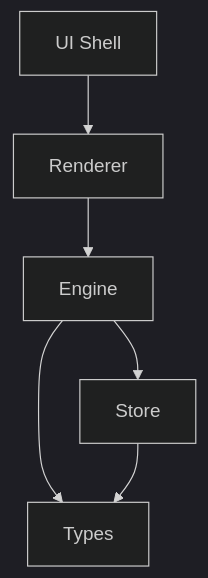
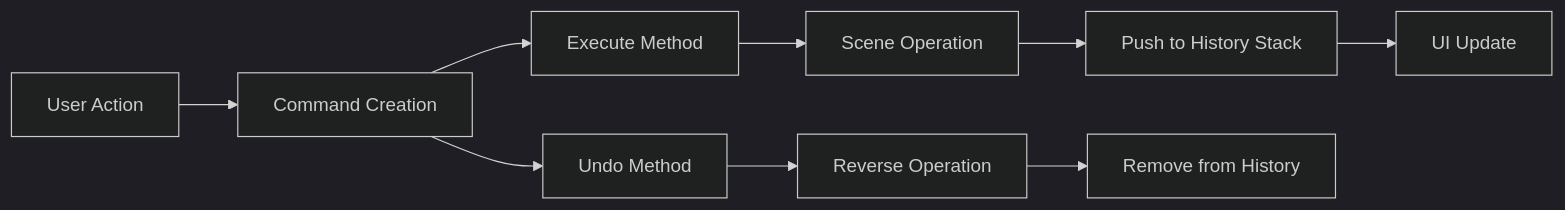
Before and after one commit to Anna0314zy/ai_editor_enginer: the eighth of 9 diagrams in .qoder/repowiki/en/content/Core Engine System/Scene Graph Architecture.md, drawn with Mermaid (dark theme). The commit also changed other lines of this file and 41 other files, not shown here.

````diff
--- a/.qoder/repowiki/en/content/Core Engine System/Scene Graph Architecture.md
+++ b/.qoder/repowiki/en/content/Core Engine System/Scene Graph Architecture.md
@@ -275,8 +404,11 @@
 ```mermaid
-graph TB
-UI["UI Shell"] --> R["Renderer"]
-R --> E["Engine"]
-E --> ST["Store"]
-E --> T["Types"]
-ST --> T
+flowchart LR
+User["User Action"] --> Command["Command Creation"]
+Command --> Execute["Execute Method"]
+Execute --> SceneOp["Scene Operation"]
+SceneOp --> History["Push to History Stack"]
+History --> UI["UI Update"]
+Command --> Undo["Undo Method"]
+Undo --> SceneUndo["Reverse Operation"]
+SceneUndo --> HistoryUndo["Remove from History"]
 ```
````
